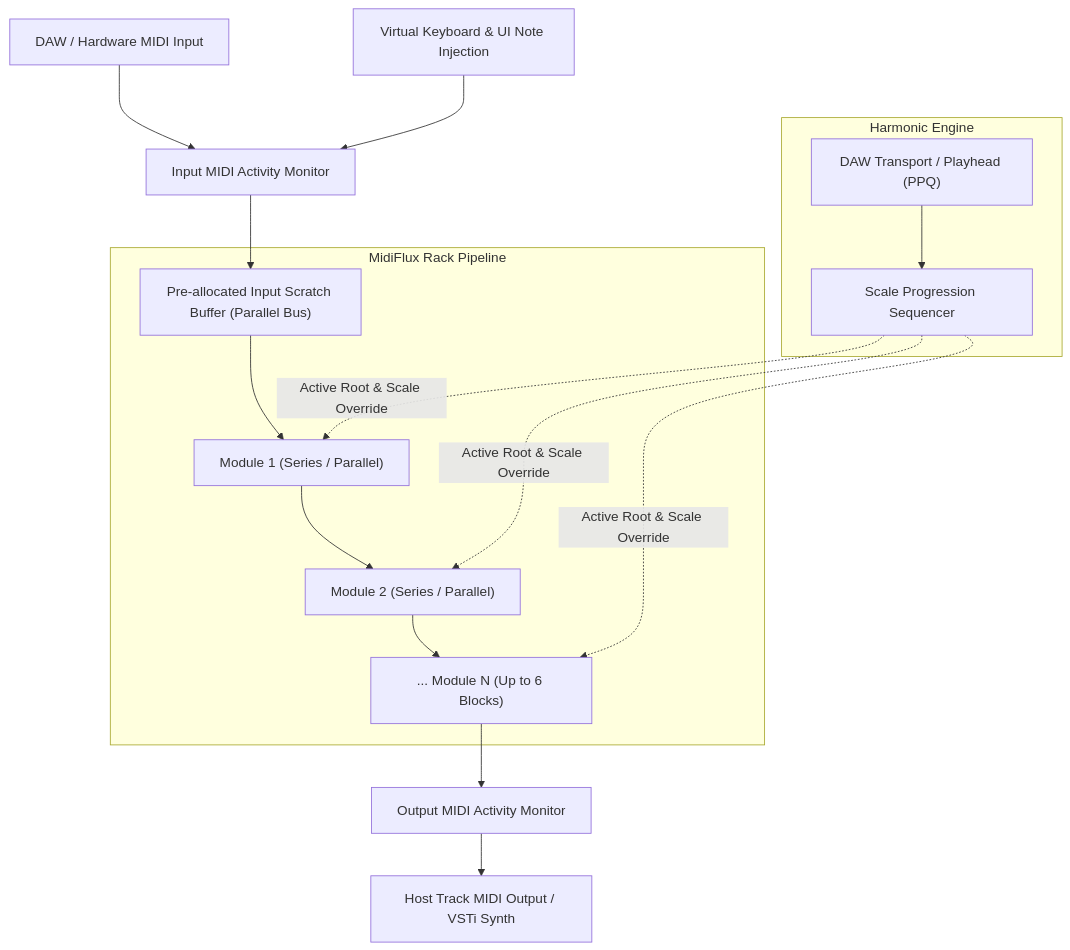
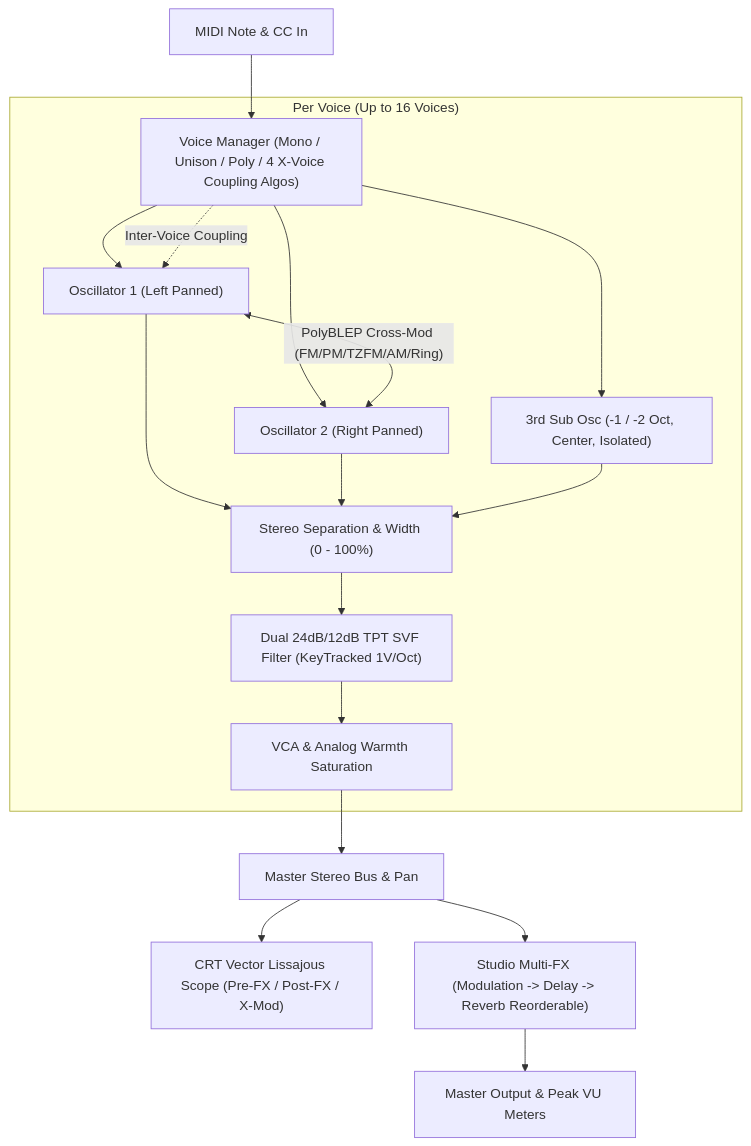
The diagram in MANUAL.md (mtyas/CrossMod), drawn with Mermaid before and after one commit. The commit also changed other lines of this file and 6 other files, not shown here.

Commit message:
docs: replace README.md, MANUAL.md and PROMO.md with CrossMod documentation, clean up unrelated files

````diff
--- a/MANUAL.md
+++ b/MANUAL.md
@@ -77,23 +48,25 @@
 ```mermaid
 graph TD
-    DAW_IN["DAW / Hardware MIDI Input"] --> MonitorIn["Input MIDI Activity Monitor"]
-    VKeys["Virtual Keyboard & UI Note Injection"] --> MonitorIn
+    MIDI["MIDI Note & CC In"] --> VoiceMgr["Voice Manager (Mono / Unison / Poly / 4 X-Voice Coupling Algos)"]
     
-    MonitorIn --> RawBuffer["Pre-allocated Input Scratch Buffer (Parallel Bus)"]
-    
-    subgraph "MidiFlux Rack Pipeline"
-        RawBuffer --> Module1["Module 1 (Series / Parallel)"]
-        Module1 --> Module2["Module 2 (Series / Parallel)"]
-        Module2 --> Module3["... Module N (Up to 6 Blocks)"]
+    subgraph "Per Voice (Up to 16 Voices)"
+        VoiceMgr --> Osc1["Oscillator 1 (Left Panned)"]
+        VoiceMgr --> Osc2["Oscillator 2 (Right Panned)"]
+        VoiceMgr --> SubOsc["3rd Sub Osc (-1 / -2 Oct, Center, Isolated)"]
+        
+        Osc1 <-->|"PolyBLEP Cross-Mod (FM/PM/TZFM/AM/Ring)"| Osc2
+        VoiceMgr -. "Inter-Voice Coupling" .-> Osc1
+        
+        Osc1 --> StereoPanner["Stereo Separation & Width (0 - 100%)"]
+        Osc2 --> StereoPanner
+        SubOsc --> StereoPanner
+        
+        StereoPanner --> VCF["Dual 24dB/12dB TPT SVF Filter (KeyTracked 1V/Oct)"]
+        VCF --> VCA["VCA & Analog Warmth Saturation"]
     end
     
-    Module3 --> MonitorOut["Output MIDI Activity Monitor"]
-    MonitorOut --> DAW_OUT["Host Track MIDI Output / VSTi Synth"]
-    
-    subgraph "Harmonic Engine"
-        Transport["DAW Transport / Playhead (PPQ)"] --> ScaleSeq["Scale Progression Sequencer"]
-        ScaleSeq -. "Active Root & Scale Override" .-> Module1
-        ScaleSeq -. "Active Root & Scale Override" .-> Module2
-        ScaleSeq -. "Active Root & Scale Override" .-> Module3
-    end
+    VCA --> MasterSum["Master Stereo Bus & Pan"]
+    MasterSum --> Visualizer["CRT Vector Lissajous Scope (Pre-FX / Post-FX / X-Mod)"]
+    MasterSum --> FXChain["Studio Multi-FX (Modulation -> Delay -> Reverb Reorderable)"]
+    FXChain --> Out["Master Output & Peak VU Meters"]
 ```
````
